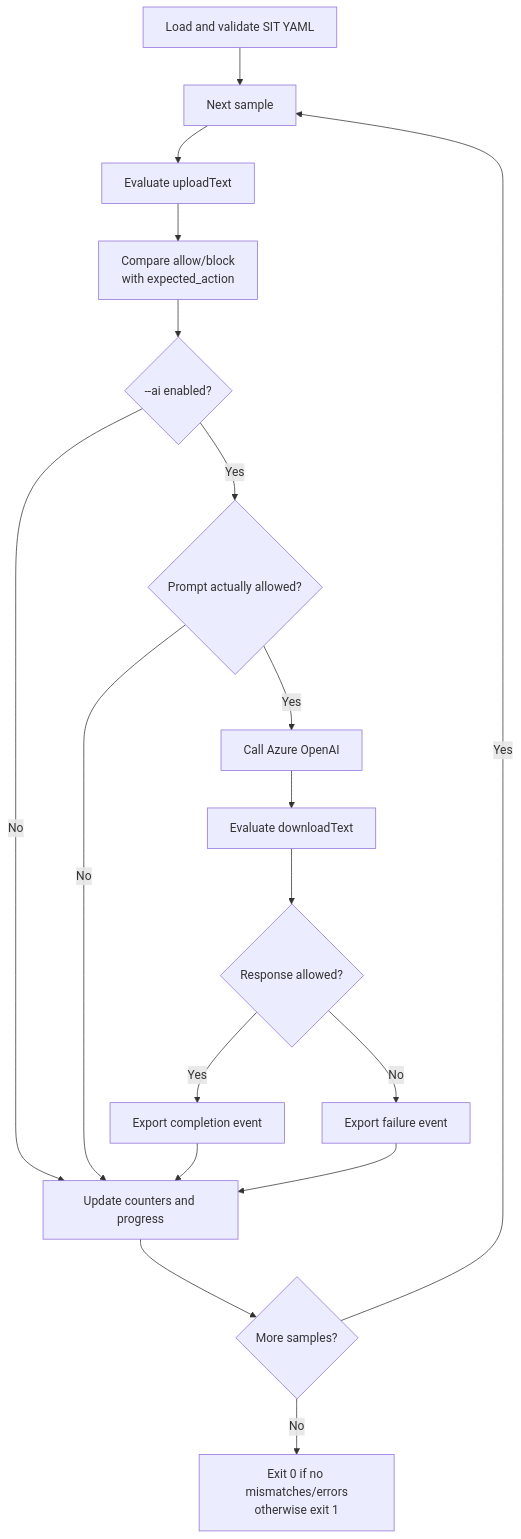
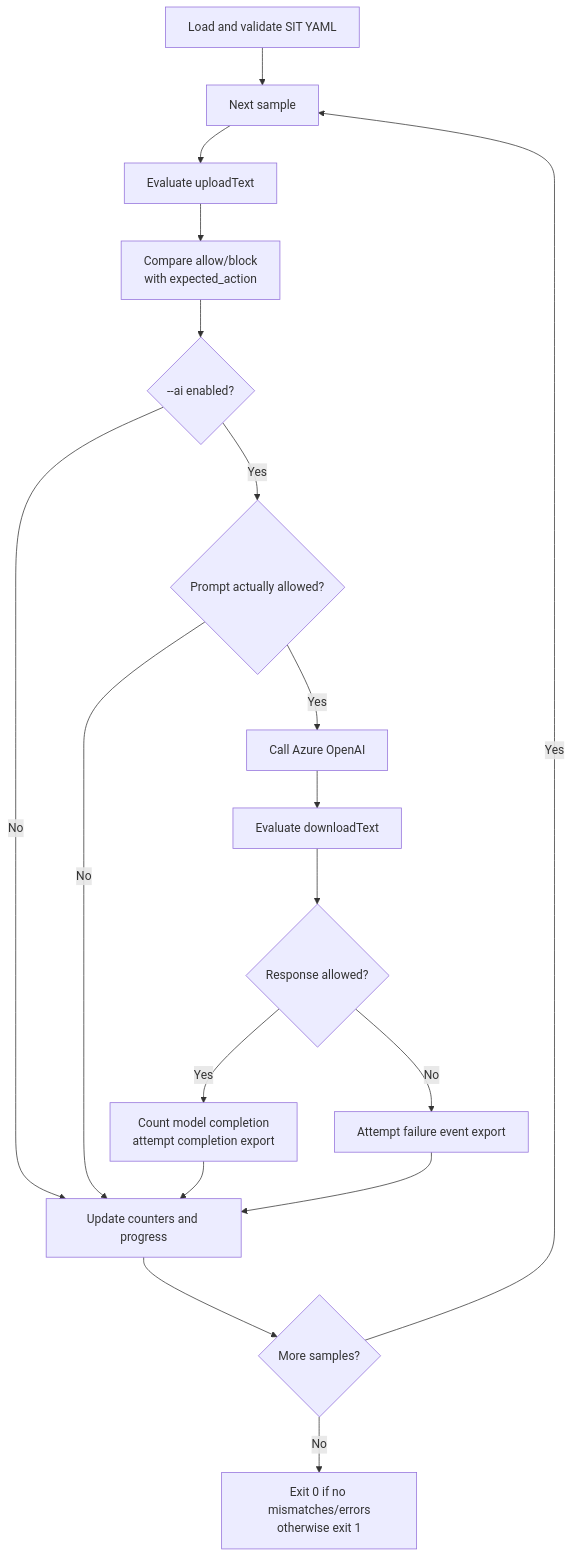
One commit to patrick-shim/a365-gateway-prototype changed the eighth of 9 diagrams in README.md. Above: the diagram before and after it, drawn with Mermaid. The commit also changed other lines of this file and 10 other files, not shown here.

````diff
--- a/README.md
+++ b/README.md
@@ -711,28 +711,28 @@
 ```mermaid
 flowchart TD
 		Load[Load and validate SIT YAML]
 		Sample[Next sample]
 		Upload[Evaluate uploadText]
 		Compare[Compare allow/block<br/>with expected_action]
 		AiMode{--ai enabled?}
 		Allowed{Prompt actually allowed?}
 		Model[Call Azure OpenAI]
 		Download[Evaluate downloadText]
 		ResponseAllowed{Response allowed?}
-		Complete[Export completion event]
-		Fail[Export failure event]
+		Complete[Count model completion<br/>attempt completion export]
+		Fail[Attempt failure event export]
 		Progress[Update counters and progress]
 		Done{More samples?}
 		Exit[Exit 0 if no mismatches/errors<br/>otherwise exit 1]
 
 		Load --> Sample --> Upload --> Compare --> AiMode
 		AiMode -->|No| Progress
 		AiMode -->|Yes| Allowed
 		Allowed -->|No| Progress
 		Allowed -->|Yes| Model --> Download --> ResponseAllowed
 		ResponseAllowed -->|Yes| Complete --> Progress
 		ResponseAllowed -->|No| Fail --> Progress
 		Progress --> Done
 		Done -->|Yes| Sample
 		Done -->|No| Exit
 ```
````
